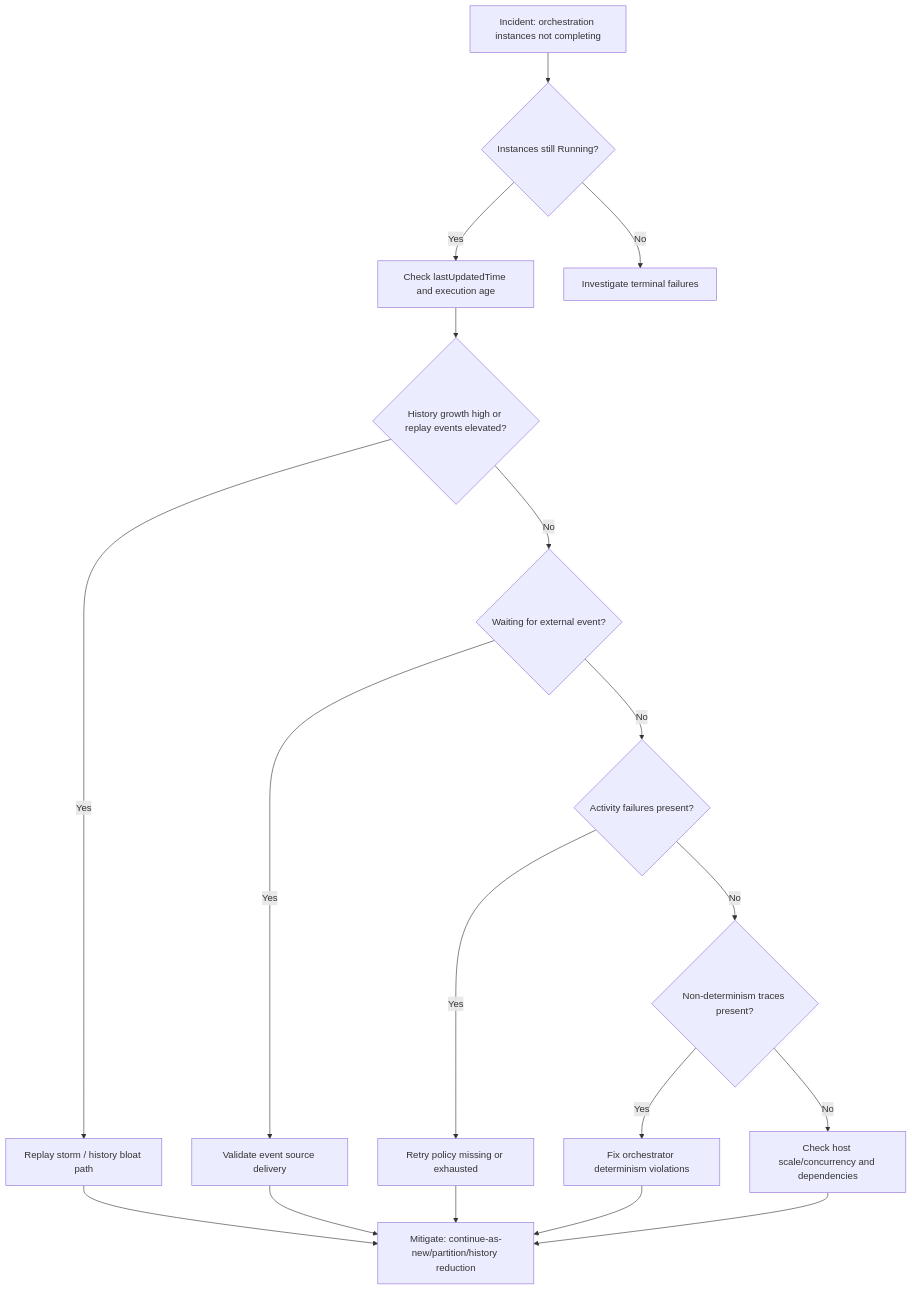
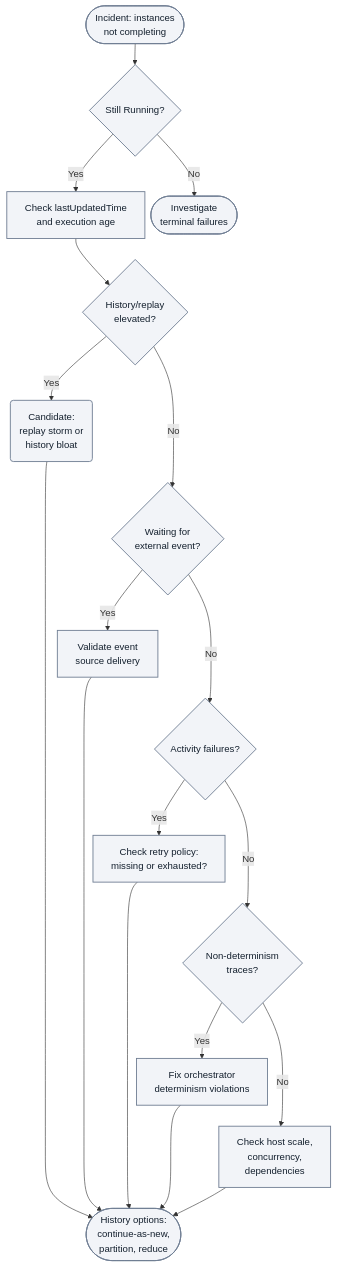
The first of 4 diagrams in docs/troubleshooting/playbooks/scaling/durable-orchestration-stuck.md (yeongseon/azure-functions-practical-guide), drawn with Mermaid before and after one commit. The commit also changed other lines of this file and 2 other files, not shown here.

First line of the commit message:
docs(diagrams): migrate Functions playbooks scaling — durable orchestration stuck and out of memory worker crash (#449)

````diff
--- a/docs/troubleshooting/playbooks/scaling/durable-orchestration-stuck.md
+++ b/docs/troubleshooting/playbooks/scaling/durable-orchestration-stuck.md
@@ -84,20 +85,32 @@
 ```mermaid
+%%{init: {'flowchart': {'nodeSpacing': 10, 'rankSpacing': 35}}}%%
 flowchart TD
-    A[Incident: orchestration instances not completing] --> B{Instances still Running?}
-    B -->|Yes| C[Check lastUpdatedTime and execution age]
-    B -->|No| D[Investigate terminal failures]
-    C --> E{History growth high or replay events elevated?}
-    E -->|Yes| F["Replay storm / history bloat path"]
-    E -->|No| G{Waiting for external event?}
-    G -->|Yes| H[Validate event source delivery]
-    G -->|No| I{Activity failures present?}
-    I -->|Yes| J[Retry policy missing or exhausted]
-    I -->|No| K{Non-determinism traces present?}
-    K -->|Yes| L[Fix orchestrator determinism violations]
-    K -->|No| M["Check host scale/concurrency and dependencies"]
-    F --> N["Mitigate: continue-as-new/partition/history reduction"]
+    accTitle: Noncompleting Durable orchestration triage
+    accDescr: Illustrative Yes/No triage preserves terminal-failure, replay, external-event, activity-failure, determinism and host/dependency paths. Branches guide investigation, not confirmed causes.
+    A(["Incident: instances<br/>not completing"]) --> B{"Still Running?"}
+    B -->|Yes| C["Check lastUpdatedTime<br/>and execution age"]
+    B -->|No| D(["Investigate<br/>terminal failures"])
+    C --> E{"History/replay<br/>elevated?"}
+    E -->|Yes| F("Candidate:<br/>replay storm or<br/>history bloat")
+    E -->|No| G{"Waiting for<br/>external event?"}
+    G -->|Yes| H["Validate event<br/>source delivery"]
+    G -->|No| I{"Activity failures?"}
+    I -->|Yes| J["Check retry policy:<br/>missing or exhausted?"]
+    I -->|No| K{"Non-determinism<br/>traces?"}
+    K -->|Yes| L["Fix orchestrator<br/>determinism violations"]
+    K -->|No| M["Check host scale,<br/>concurrency,<br/>dependencies"]
+    F --> N(["History options:<br/>continue-as-new,<br/>partition, reduce"])
     H --> N
     J --> N
     L --> N
     M --> N
+    %% Layout-only links tier branches; they add no diagnostic steps or arrows.
+    D ~~~ E
+    F ~~~ G
+    H ~~~ I
+    J ~~~ K
+    L ~~~ M
+    M ~~~ N
+    classDef neutral fill:#f2f4f8,stroke:#707e93,stroke-width:1.5px,color:#14202e;
+    class A,B,C,D,E,F,G,H,I,J,K,L,M,N neutral;
 ```
````
